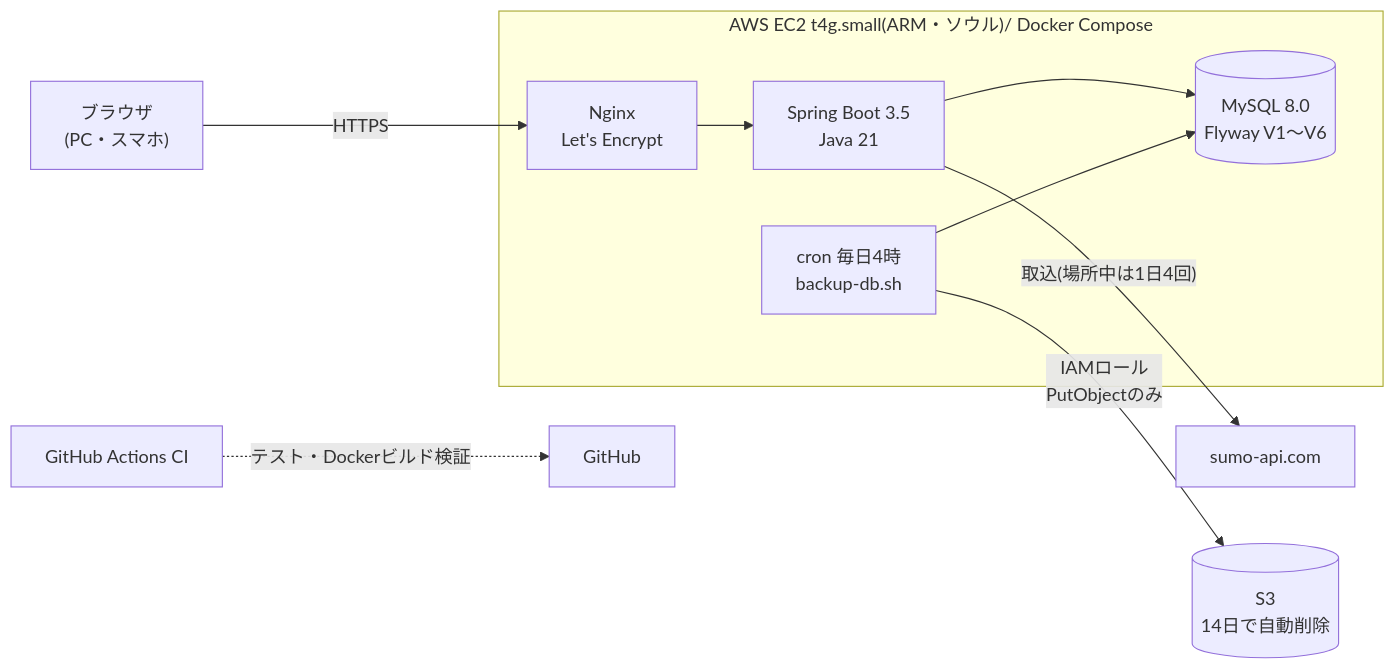
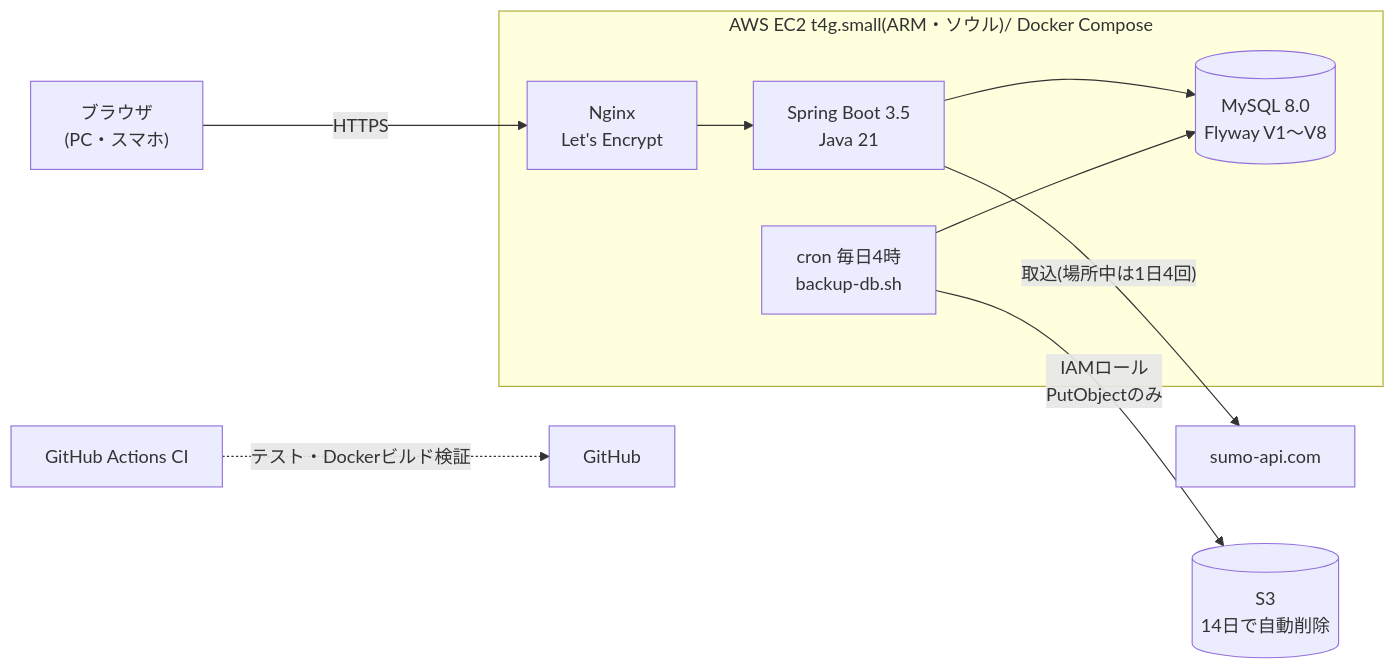
The diagram in README.ja.md (genuinekumquat/sumoarchive), drawn with Mermaid before and after one commit. The commit also changed 1 other file, not shown here.

Commit message:
docs: README 아키텍처 그림의 Flyway 버전 V1~V6 → V1~V8

````diff
--- a/README.ja.md
+++ b/README.ja.md
@@ -74,12 +74,12 @@
 ```mermaid
 flowchart LR
     U["ブラウザ<br/>(PC・スマホ)"] -- "HTTPS" --> N
     subgraph EC2["AWS EC2 t4g.small(ARM・ソウル)/ Docker Compose"]
         N["Nginx<br/>Let's Encrypt"] --> A["Spring Boot 3.5<br/>Java 21"]
-        A --> D[("MySQL 8.0<br/>Flyway V1〜V6")]
+        A --> D[("MySQL 8.0<br/>Flyway V1〜V8")]
         B["cron 毎日4時<br/>backup-db.sh"] --> D
     end
     A -- "取込(場所中は1日4回)" --> S["sumo-api.com"]
     B -- "IAMロール<br/>PutObjectのみ" --> S3[("S3<br/>14日で自動削除")]
     G["GitHub Actions CI"] -. "テスト・Dockerビルド検証" .-> R["GitHub"]
 ```
````
